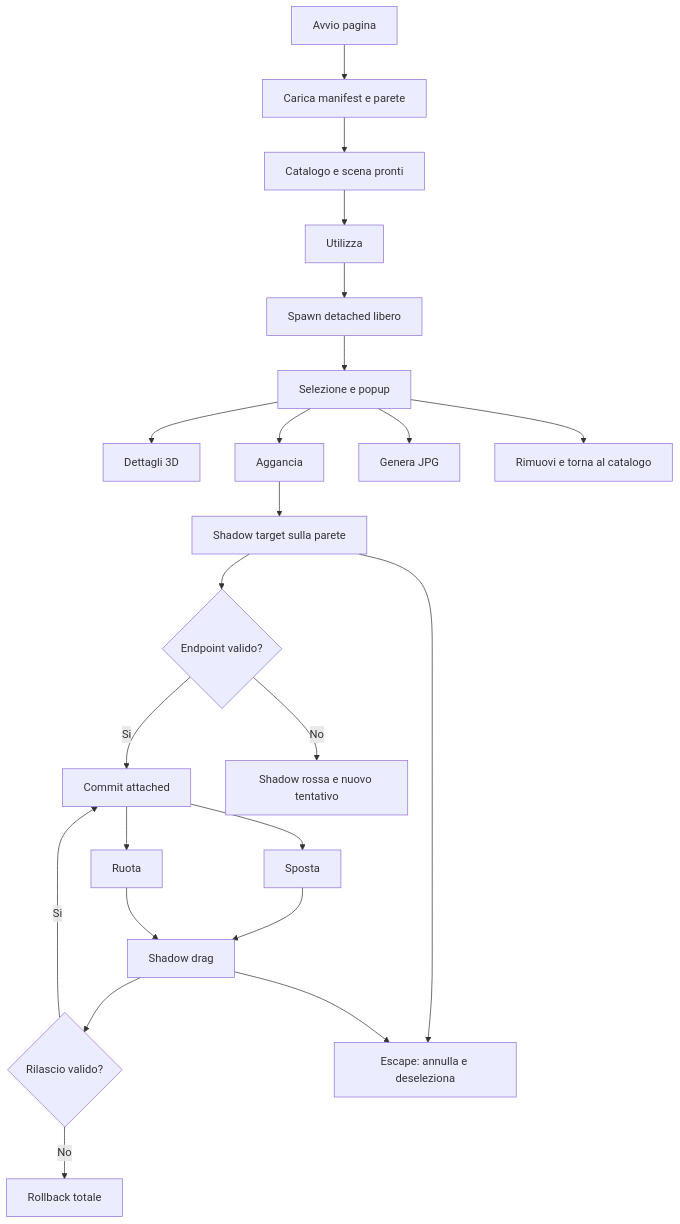
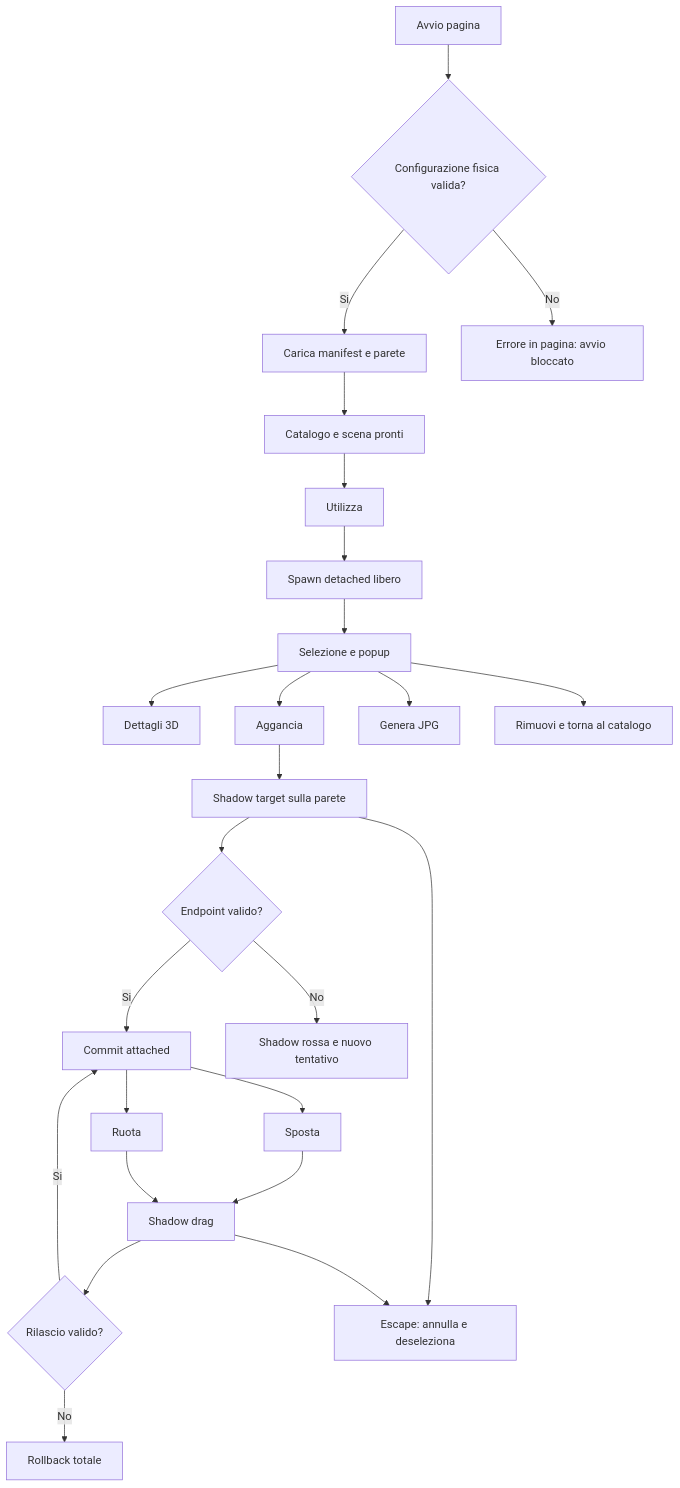
Before and after one commit to filippocurati/DEV.TEST-the-route-setter-beta: the fifth of 8 diagrams in gpt-5.6-sol/the-route-setter-beta/docs/applicazione.md, drawn with Mermaid. The commit also changed other lines of this file and 26 other files, not shown here.

````diff
--- a/gpt-5.6-sol/the-route-setter-beta/docs/applicazione.md
+++ b/gpt-5.6-sol/the-route-setter-beta/docs/applicazione.md
@@ -127,25 +129,27 @@
 ```mermaid
 flowchart TD
-  START[Avvio pagina] --> LOAD[Carica manifest e parete]
+  START[Avvio pagina] --> CONFIG{Configurazione fisica valida?}
+  CONFIG -->|Si| LOAD[Carica manifest e parete]
+  CONFIG -->|No| ERROR[Errore in pagina: avvio bloccato]
   LOAD --> READY[Catalogo e scena pronti]
   READY --> USE[Utilizza]
   USE --> SPAWN[Spawn detached libero]
   SPAWN --> SELECT[Selezione e popup]
   SELECT --> DETAILS[Dettagli 3D]
   SELECT --> ATTACH[Aggancia]
   ATTACH --> TARGET[Shadow target sulla parete]
   TARGET --> VALID{Endpoint valido?}
   VALID -->|Si| COMMIT[Commit attached]
   VALID -->|No| RETRY[Shadow rossa e nuovo tentativo]
   COMMIT --> MOVE[Sposta]
   COMMIT --> ROTATE[Ruota]
   MOVE --> PREVIEW[Shadow drag]
   ROTATE --> PREVIEW
   PREVIEW --> ENDPOINT{Rilascio valido?}
   ENDPOINT -->|Si| COMMIT
   ENDPOINT -->|No| ROLLBACK[Rollback totale]
   SELECT --> EXPORT[Genera JPG]
   SELECT --> REMOVE[Rimuovi e torna al catalogo]
   TARGET --> ESC[Escape: annulla e deseleziona]
   PREVIEW --> ESC
 ```
````
